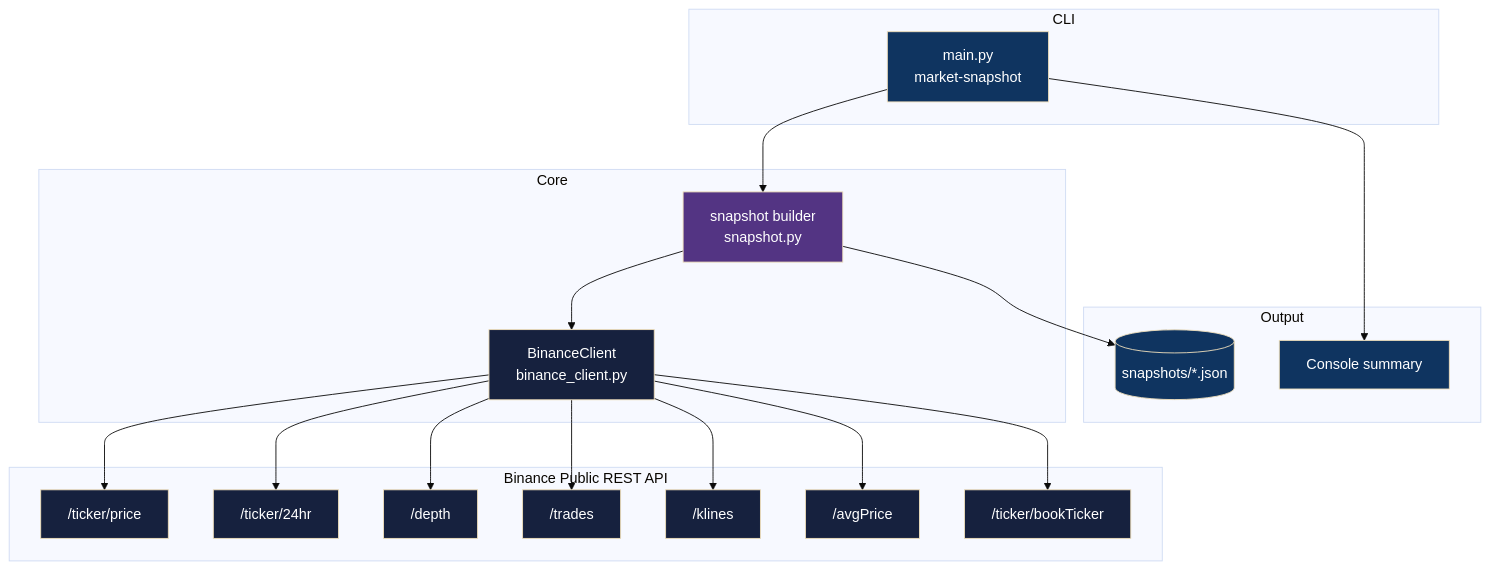
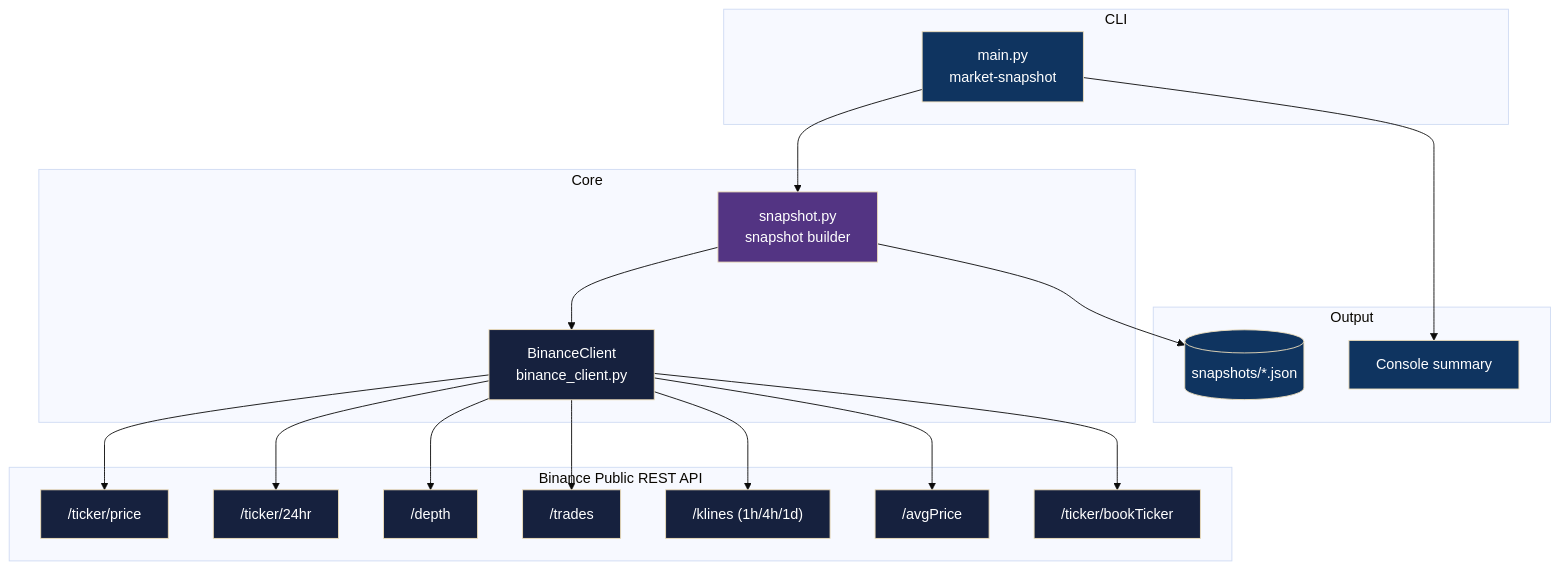
One commit to adityonugrohoid/ratu-rest-api changed the diagram in README.md. Above: the diagram before and after it, drawn with Mermaid (base theme). The commit also changed other lines of this file, not shown here.

````diff
--- a/README.md
+++ b/README.md
@@ -62,51 +58,51 @@
 ```mermaid
 graph TD
     subgraph CLI
         MAIN["main.py<br/>market-snapshot"]
     end
 
     subgraph Core
-        SNAP["snapshot builder<br/>snapshot.py"]
+        SNAP["snapshot.py<br/>snapshot builder"]
         CLIENT["BinanceClient<br/>binance_client.py"]
     end
 
     subgraph "Binance Public REST API"
         PRICE["/ticker/price"]
         STATS["/ticker/24hr"]
         DEPTH["/depth"]
         TRADES["/trades"]
-        KLINES["/klines"]
+        KLINES["/klines (1h/4h/1d)"]
         AVG["/avgPrice"]
         BOOK["/ticker/bookTicker"]
     end
 
     subgraph Output
         JSON[("snapshots/*.json")]
         CONSOLE["Console summary"]
     end
 
     MAIN --> SNAP
     SNAP --> CLIENT
     CLIENT --> PRICE
     CLIENT --> STATS
     CLIENT --> DEPTH
     CLIENT --> TRADES
     CLIENT --> KLINES
     CLIENT --> AVG
     CLIENT --> BOOK
     SNAP --> JSON
     MAIN --> CONSOLE
 
     style MAIN fill:#0f3460,color:#fff
     style SNAP fill:#533483,color:#fff
     style CLIENT fill:#16213e,color:#fff
     style PRICE fill:#16213e,color:#fff
     style STATS fill:#16213e,color:#fff
     style DEPTH fill:#16213e,color:#fff
     style TRADES fill:#16213e,color:#fff
     style KLINES fill:#16213e,color:#fff
     style AVG fill:#16213e,color:#fff
     style BOOK fill:#16213e,color:#fff
     style JSON fill:#0f3460,color:#fff
     style CONSOLE fill:#0f3460,color:#fff
 ```
````
